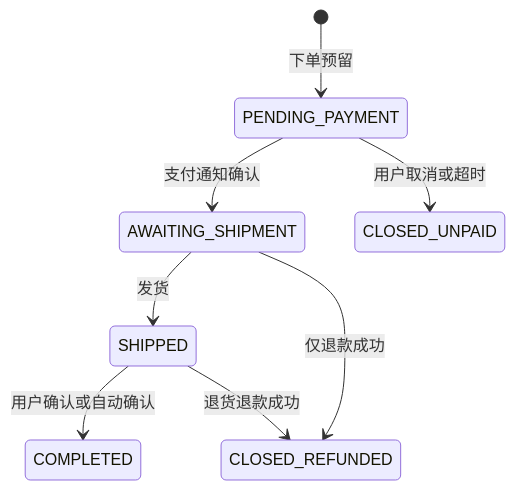
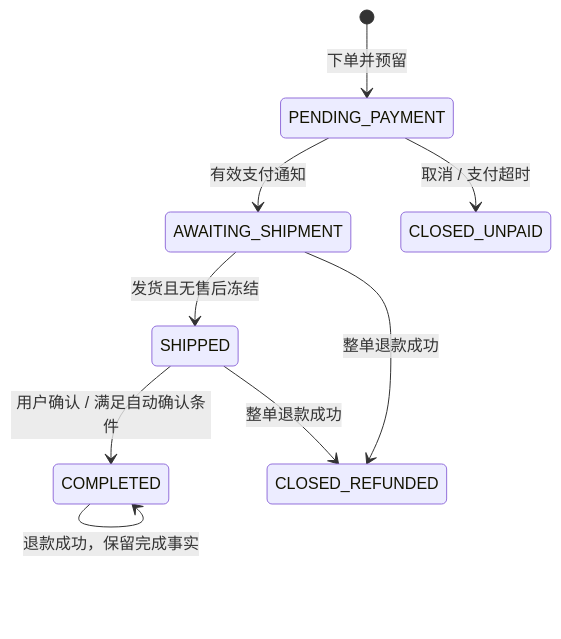
One commit to kamten7/TradeTrail changed the fourth of 5 diagrams in README.md. Above: the diagram before and after it, drawn with Mermaid. The commit also changed other lines of this file, not shown here.

````diff
--- a/README.md
+++ b/README.md
@@ -198,10 +196,11 @@
 ```mermaid
 stateDiagram-v2
-    [*] --> PENDING_PAYMENT: 下单预留
-    PENDING_PAYMENT --> AWAITING_SHIPMENT: 支付通知确认
-    PENDING_PAYMENT --> CLOSED_UNPAID: 用户取消或超时
-    AWAITING_SHIPMENT --> SHIPPED: 发货
-    SHIPPED --> COMPLETED: 用户确认或自动确认
-    AWAITING_SHIPMENT --> CLOSED_REFUNDED: 仅退款成功
-    SHIPPED --> CLOSED_REFUNDED: 退货退款成功
+    [*] --> PENDING_PAYMENT: 下单并预留
+    PENDING_PAYMENT --> AWAITING_SHIPMENT: 有效支付通知
+    PENDING_PAYMENT --> CLOSED_UNPAID: 取消 / 支付超时
+    AWAITING_SHIPMENT --> SHIPPED: 发货且无售后冻结
+    SHIPPED --> COMPLETED: 用户确认 / 满足自动确认条件
+    AWAITING_SHIPMENT --> CLOSED_REFUNDED: 整单退款成功
+    SHIPPED --> CLOSED_REFUNDED: 整单退款成功
+    COMPLETED --> COMPLETED: 退款成功，保留完成事实
 ```
````
